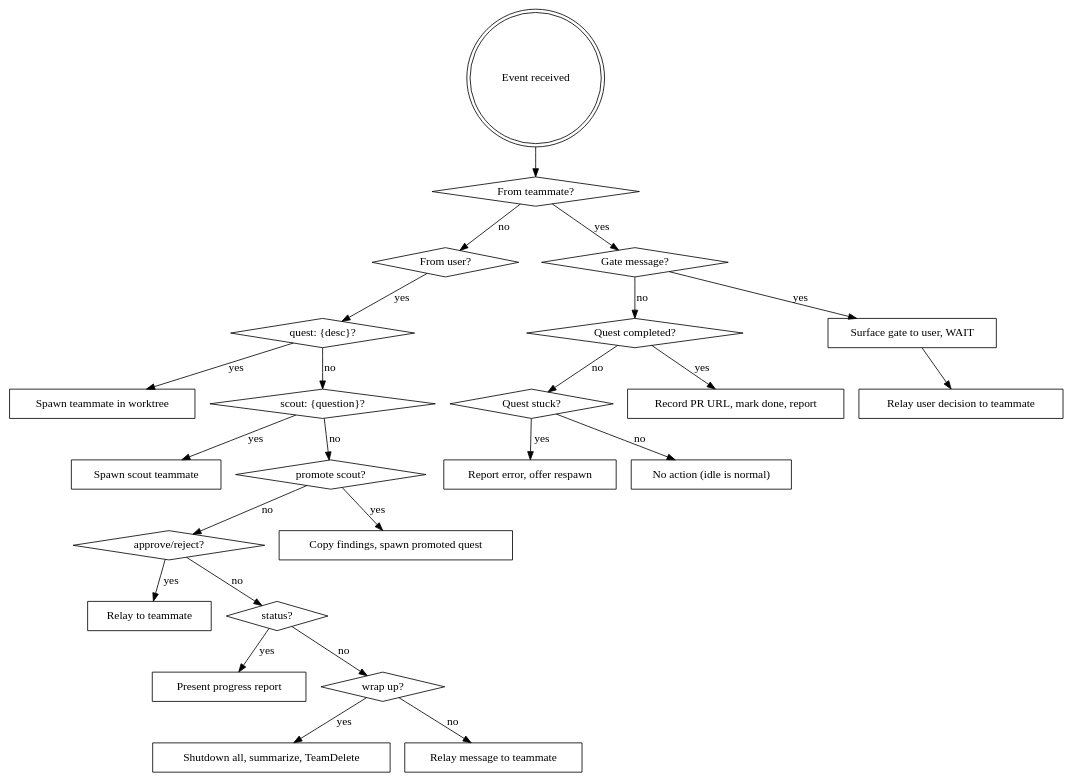
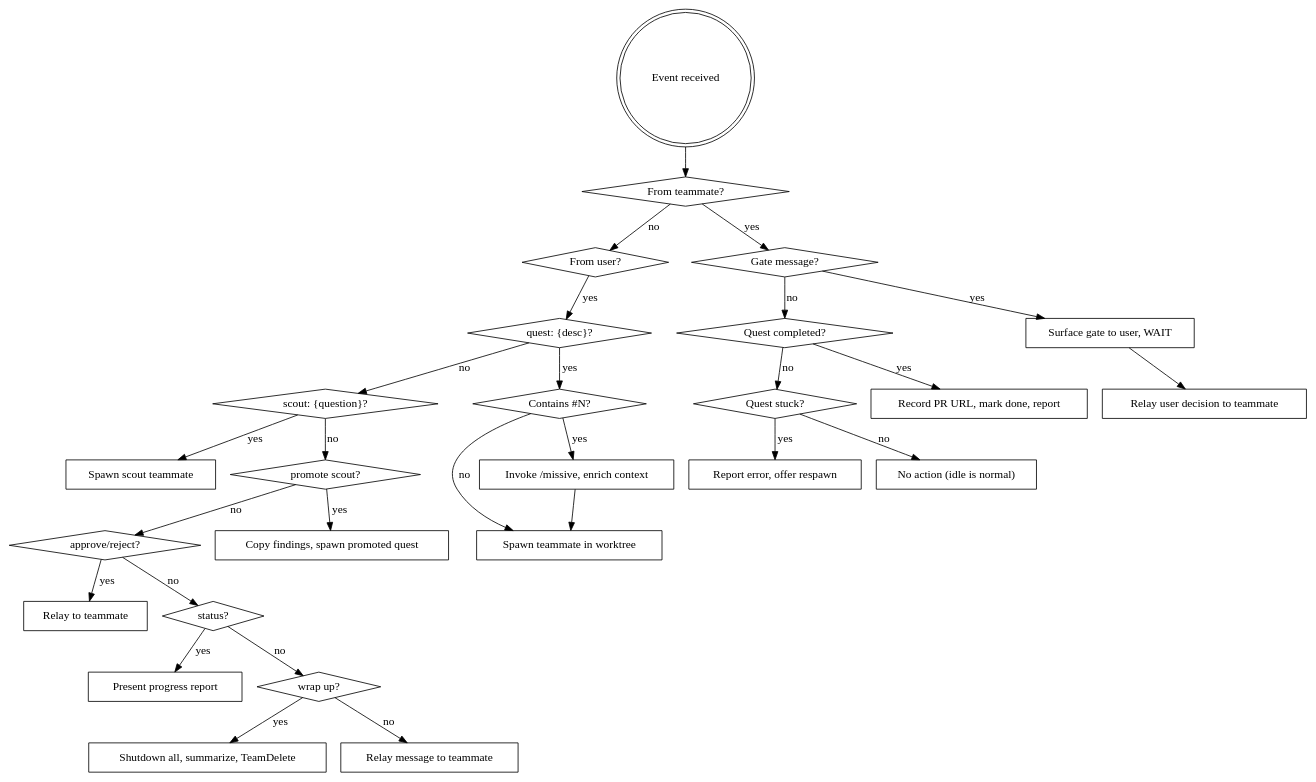
Before and after one commit to justinjdev/fellowship: the diagram in plugin/skills/fellowship/resources/lead-behavior.md, drawn with Graphviz. The commit also changed other lines of this file and 1 other file, not shown here.

Commit message:
feat: integrate /missive into fellowship quest spawning

````diff
--- a/plugin/skills/fellowship/resources/lead-behavior.md
+++ b/plugin/skills/fellowship/resources/lead-behavior.md
@@ -3,53 +3,59 @@
 ```dot
 digraph gandalf {
     "Event received" [shape=doublecircle];
     "From teammate?" [shape=diamond];
     "From user?" [shape=diamond];
     "Gate message?" [shape=diamond];
     "Quest completed?" [shape=diamond];
     "Quest stuck?" [shape=diamond];
     "Surface gate to user, WAIT" [shape=box];
     "Relay user decision to teammate" [shape=box];
     "Record PR URL, mark done, report" [shape=box];
     "Report error, offer respawn" [shape=box];
     "No action (idle is normal)" [shape=box];
     "quest: {desc}?" [shape=diamond];
     "Spawn teammate in worktree" [shape=box];
     "scout: {question}?" [shape=diamond];
     "Spawn scout teammate" [shape=box];
     "approve/reject?" [shape=diamond];
     "Relay to teammate" [shape=box];
     "status?" [shape=diamond];
     "Present progress report" [shape=box];
     "wrap up?" [shape=diamond];
     "Shutdown all, summarize, TeamDelete" [shape=box];
     "Relay message to teammate" [shape=box];
 
     "Event received" -> "From teammate?";
     "From teammate?" -> "Gate message?" [label="yes"];
     "From teammate?" -> "From user?" [label="no"];
     "Gate message?" -> "Surface gate to user, WAIT" [label="yes"];
     "Surface gate to user, WAIT" -> "Relay user decision to teammate";
     "Gate message?" -> "Quest completed?" [label="no"];
     "Quest completed?" -> "Record PR URL, mark done, report" [label="yes"];
     "Quest completed?" -> "Quest stuck?" [label="no"];
     "Quest stuck?" -> "Report error, offer respawn" [label="yes"];
     "Quest stuck?" -> "No action (idle is normal)" [label="no"];
     "From user?" -> "quest: {desc}?" [label="yes"];
-    "quest: {desc}?" -> "Spawn teammate in worktree" [label="yes"];
+    "Contains #N?" [shape=diamond];
+    "Invoke /missive, enrich context" [shape=box];
+
+    "quest: {desc}?" -> "Contains #N?" [label="yes"];
+    "Contains #N?" -> "Invoke /missive, enrich context" [label="yes"];
+    "Invoke /missive, enrich context" -> "Spawn teammate in worktree";
+    "Contains #N?" -> "Spawn teammate in worktree" [label="no"];
     "quest: {desc}?" -> "scout: {question}?" [label="no"];
     "scout: {question}?" -> "Spawn scout teammate" [label="yes"];
     "promote scout?" [shape=diamond];
     "Copy findings, spawn promoted quest" [shape=box];
 
     "scout: {question}?" -> "promote scout?" [label="no"];
     "promote scout?" -> "Copy findings, spawn promoted quest" [label="yes"];
     "promote scout?" -> "approve/reject?" [label="no"];
     "approve/reject?" -> "Relay to teammate" [label="yes"];
     "approve/reject?" -> "status?" [label="no"];
     "status?" -> "Present progress report" [label="yes"];
     "status?" -> "wrap up?" [label="no"];
     "wrap up?" -> "Shutdown all, summarize, TeamDelete" [label="yes"];
     "wrap up?" -> "Relay message to teammate" [label="no"];
 }
 ```
````
